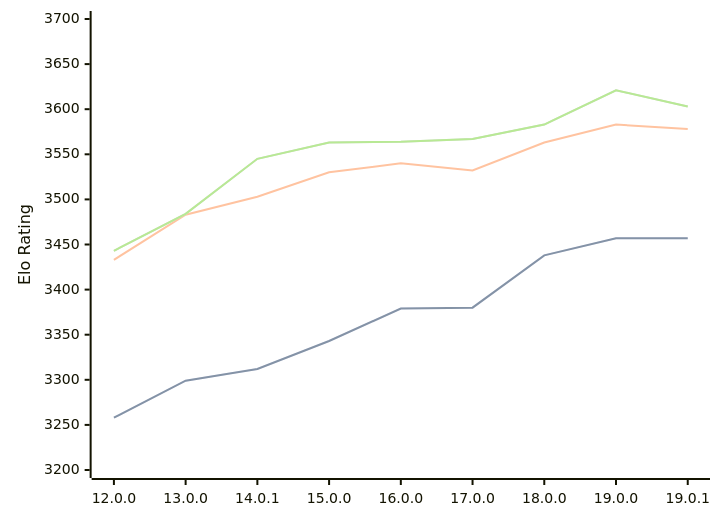
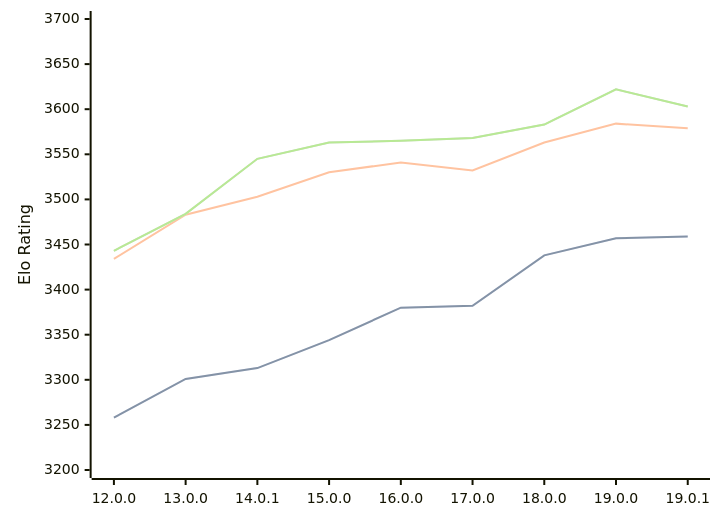
The diagram in engines/Viridithas.md (computer-chess-index/cci), drawn with Mermaid before and after one commit. The commit also changed other lines of this file, not shown here.

Commit message:
Update CCI Ratings (ELO VLTC) - 2026-05-17

````diff
--- a/engines/Viridithas.md
+++ b/engines/Viridithas.md
@@ -63,11 +63,11 @@
 ```mermaid
 %%{init: {"theme":"base","themeVariables":{"seriesColors:['#a3a3a3','#222221','#faa371']}}}%%
 xychart-beta
   x-axis ["12.0.0", "13.0.0", "14.0.1", "15.0.0", "16.0.0", "17.0.0", "18.0.0", "19.0.0", "19.0.1"]
   y-axis "Elo Rating" 3200 --> 3700
-  line "STC (8.0+0.08s)" [3258, 3299, 3312, 3343, 3379, 3380, 3438, 3457, 3457]
-  line "STC (8.0+0.08s)" [3258, 3299, 3312, 3343, 3379, 3380, 3438, 3457, 3457]
-  line "LTC (60.0+0.60s)" [3433, 3483, 3503, 3530, 3540, 3532, 3563, 3583, 3578]
-  line "VLTC (2m24s+1.12s)" [3443, 3484, 3545, 3563, 3564, 3567, 3583, 3621, 3603]
-  line "VLTC (2m24s+1.12s)" [3443, 3484, 3545, 3563, 3564, 3567, 3583, 3621, 3603]
+  line "STC (8.0+0.08s)" [3258, 3301, 3313, 3344, 3380, 3382, 3438, 3457, 3459]
+  line "STC (8.0+0.08s)" [3258, 3301, 3313, 3344, 3380, 3382, 3438, 3457, 3459]
+  line "LTC (60.0+0.60s)" [3434, 3483, 3503, 3530, 3541, 3532, 3563, 3584, 3579]
+  line "VLTC (2m24s+1.12s)" [3443, 3484, 3545, 3563, 3565, 3568, 3583, 3622, 3603]
+  line "VLTC (2m24s+1.12s)" [3443, 3484, 3545, 3563, 3565, 3568, 3583, 3622, 3603]
 ```
````
